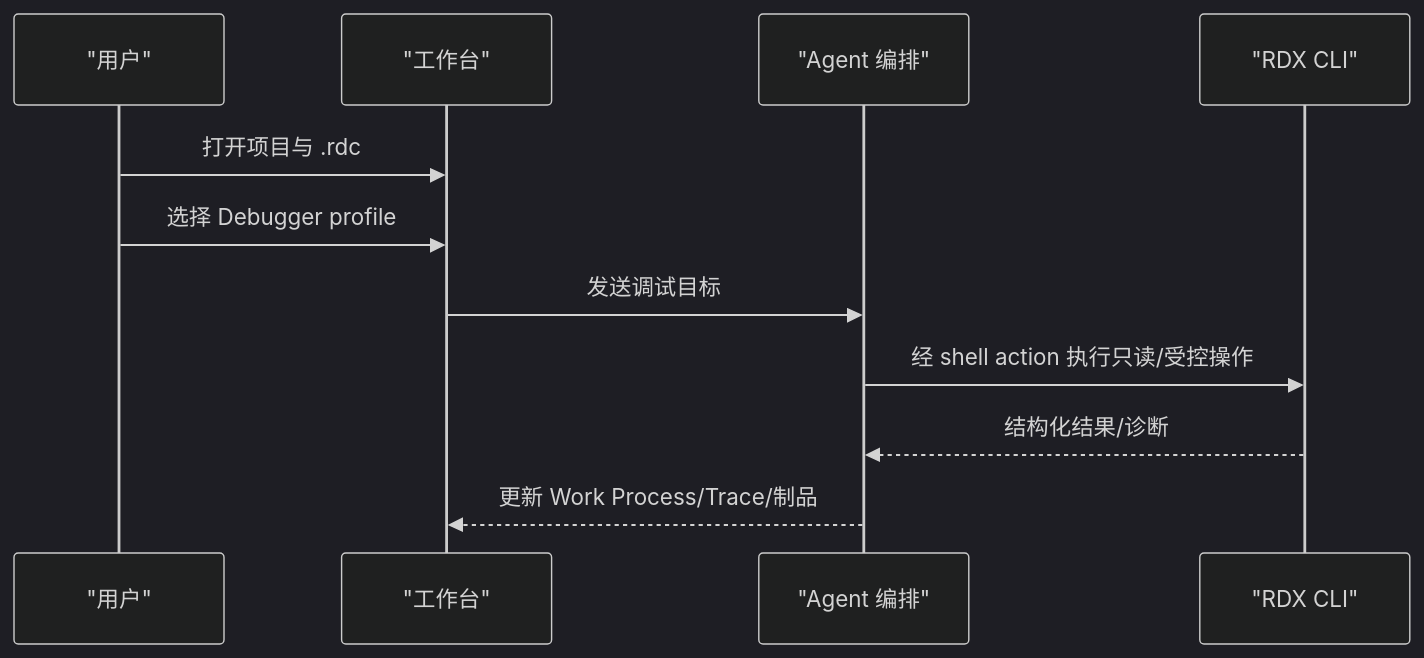
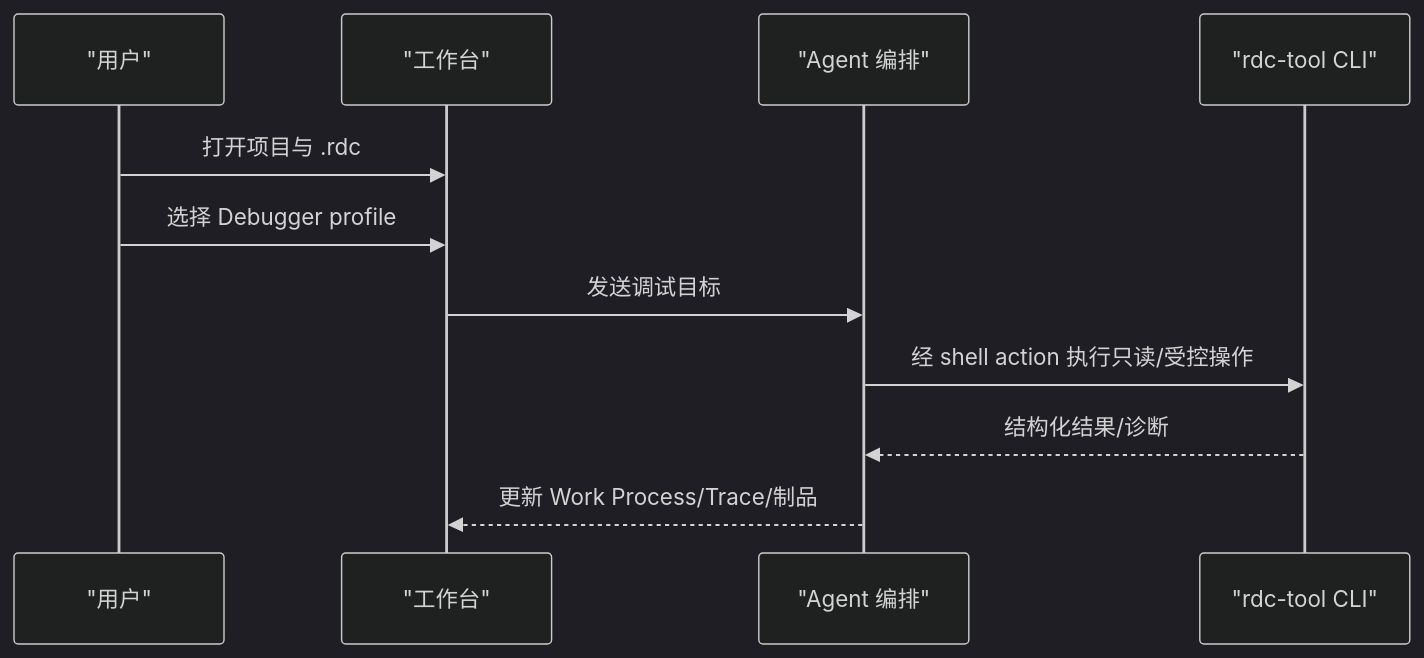
Before and after one commit to haolange/RDC-Agent: the sixth of 8 diagrams in .qoder/repowiki/zh/content/项目概述.md, drawn with Mermaid (dark theme). The commit also changed other lines of this file and 557 other files, not shown here.

First line of the commit message:
Unify RDC-Agent identity and canonical RDC-Tool integration

````diff
--- a/.qoder/repowiki/zh/content/项目概述.md
+++ b/.qoder/repowiki/zh/content/项目概述.md
@@ -204,13 +204,13 @@
 ```mermaid
 sequenceDiagram
 participant U as "用户"
 participant W as "工作台"
 participant A as "Agent 编排"
-participant R as "RDX CLI"
+participant R as "rdc-tool CLI"
 U->>W : 打开项目与 .rdc
 U->>W : 选择 Debugger profile
 W->>A : 发送调试目标
 A->>R : 经 shell action 执行只读/受控操作
 R-->>A : 结构化结果/诊断
 A-->>W : 更新 Work Process/Trace/制品
 ```
````
